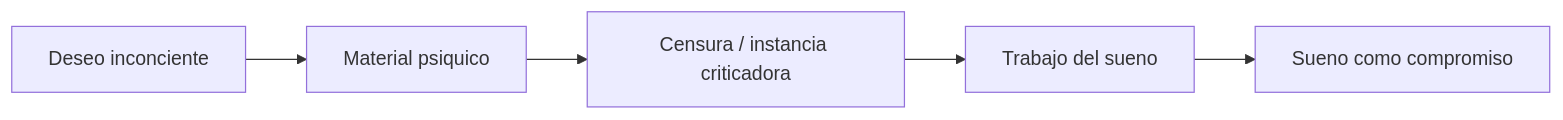
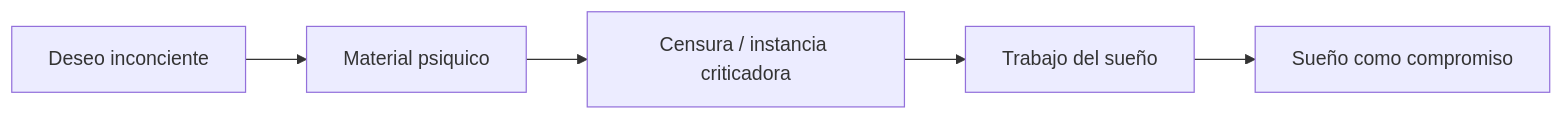
The seventh of 28 diagrams in libro/bookops/04-apendice-investigacion-parcial/02-material-crudo-guias-y-notas.md (javifernandes/psicoanalisis-freud-laznik), drawn with Mermaid before and after one commit. The commit also changed other lines of this file and 30 other files, not shown here.

````diff
--- a/libro/bookops/04-apendice-investigacion-parcial/02-material-crudo-guias-y-notas.md
+++ b/libro/bookops/04-apendice-investigacion-parcial/02-material-crudo-guias-y-notas.md
@@ -449,7 +449,7 @@
 ```mermaid
 flowchart LR
   A["Deseo inconciente"] --> B["Material psiquico"]
   B --> C["Censura / instancia criticadora"]
-  C --> D["Trabajo del sueno"]
-  D --> E["Sueno como compromiso"]
+  C --> D["Trabajo del sueño"]
+  D --> E["Sueño como compromiso"]
 ```
````
